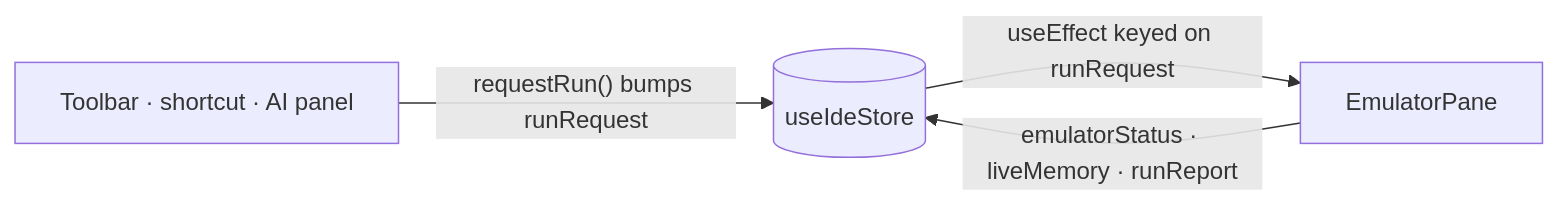
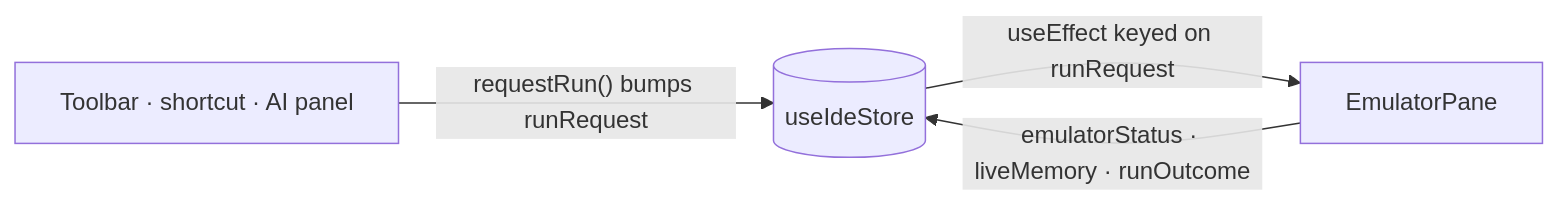
The second of 9 diagrams in docs/contributing/architecture.md (seanhodges/basically), drawn with Mermaid before and after one commit. The commit also changed other lines of this file and 29 other files, not shown here.

````diff
--- a/docs/contributing/architecture.md
+++ b/docs/contributing/architecture.md
@@ -117,6 +117,6 @@
 ```mermaid
 flowchart LR
   src["Toolbar · shortcut · AI panel"] -->|"requestRun() bumps runRequest"| store[("useIdeStore")]
   store -->|"useEffect keyed on runRequest"| ep["EmulatorPane"]
-  ep -->|"emulatorStatus · liveMemory · runReport"| store
+  ep -->|"emulatorStatus · liveMemory · runOutcome"| store
 ```
````
